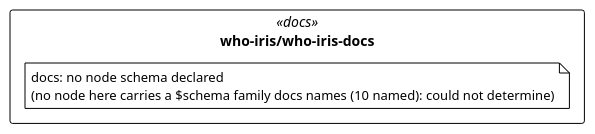
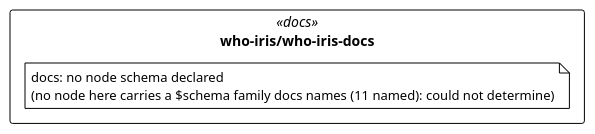
The diagram in cat-harness/uml/overview/who-iris/who-iris-docs.puml (litlfred/folio-assistant), drawn with PlantUML before and after one commit. The commit also changed 62 other files, not shown here.

```diff
--- a/cat-harness/uml/overview/who-iris/who-iris-docs.puml
+++ b/cat-harness/uml/overview/who-iris/who-iris-docs.puml
@@ -3,13 +3,13 @@
 @startuml who_iris_who_iris_docs
 !pragma layout elk
 !theme plain
 skinparam classAttributeIconSize 0
 skinparam shadowing false
 skinparam packageStyle rectangle
 hide empty methods
 
 package "who-iris/who-iris-docs" as pkg_who_iris_who_iris_docs <<docs>> {
-  note "docs: no node schema declared\n(no node here carries a $schema family docs names (10 named): could not determine)" as n_who_iris_who_iris_docs_docs
+  note "docs: no node schema declared\n(no node here carries a $schema family docs names (11 named): could not determine)" as n_who_iris_who_iris_docs_docs
 }
 
 @enduml
```
